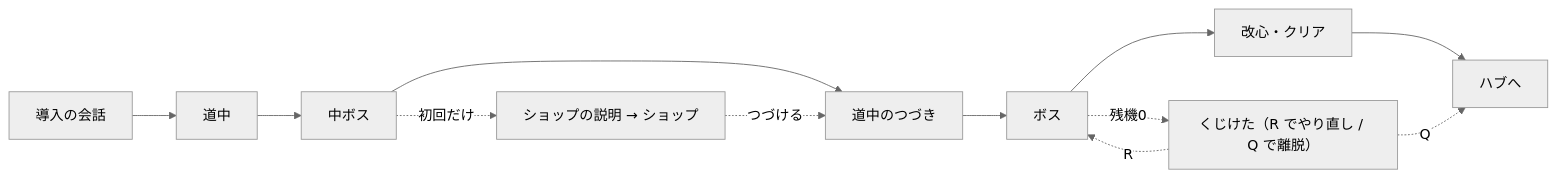
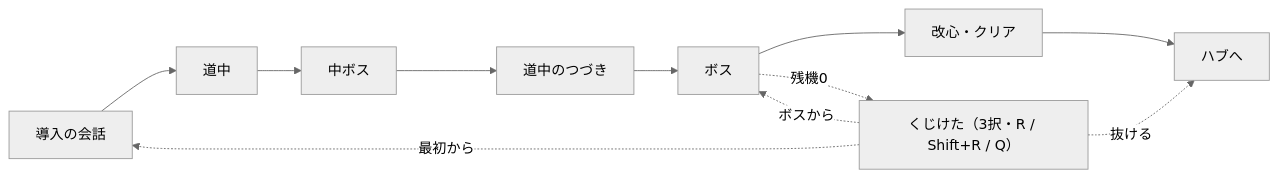
One commit to takutoruku1/algo_shoot changed the third of 3 diagrams in wiki/09_システム/02_画面遷移.md. Above: the diagram before and after it, drawn with Mermaid (neutral theme). The commit also changed other lines of this file and 73 other files, not shown here.

````diff
--- a/wiki/09_システム/02_画面遷移.md
+++ b/wiki/09_システム/02_画面遷移.md
@@ -119,14 +130,13 @@
 ```mermaid
 flowchart LR
   A["導入の会話"] --> B["道中"]
   B --> C["中ボス"]
   C --> D["道中のつづき"]
   D --> E["ボス"]
   E --> F["改心・クリア"]
   F --> G["ハブへ"]
-  C -.->|初回だけ| S["ショップの説明 → ショップ"]
-  S -.->|つづける| D
-  E -.->|残機0| GO["くじけた（R でやり直し / Q で離脱）"]
-  GO -.->|R| E
-  GO -.->|Q| G
+  E -.->|残機0| GO["くじけた（3択・R / Shift+R / Q）"]
+  GO -.->|ボスから| E
+  GO -.->|最初から| A
+  GO -.->|抜ける| G
 ```
````
